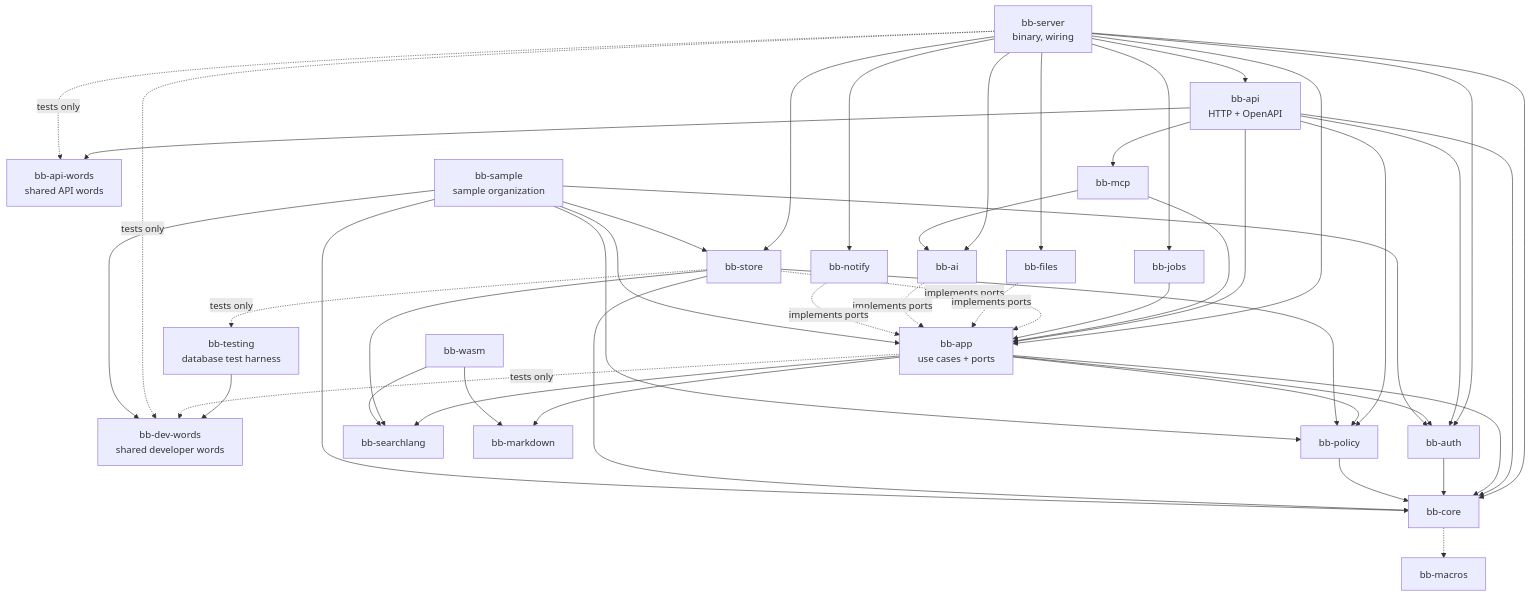
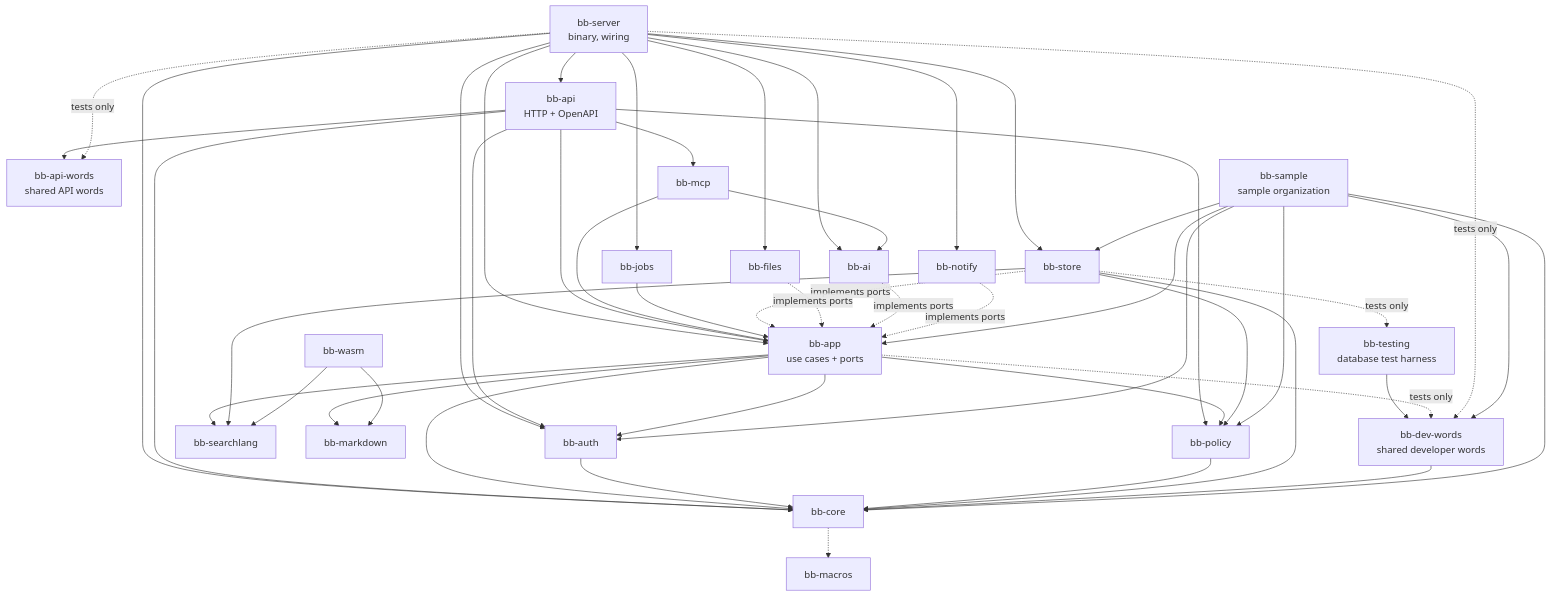
Before and after one commit to Nusi42/Bugaboo: the diagram in docs/architecture/04-building-blocks.md, drawn with Mermaid. The commit also changed 11 other files, not shown here.

````diff
--- a/docs/architecture/04-building-blocks.md
+++ b/docs/architecture/04-building-blocks.md
@@ -46,44 +46,45 @@
 ```mermaid
 flowchart TB
   server["bb-server<br/>binary, wiring"]
   api["bb-api<br/>HTTP + OpenAPI"]
   words["bb-api-words<br/>shared API words"]
   devwords["bb-dev-words<br/>shared developer words"]
   mcp["bb-mcp"]
   app["bb-app<br/>use cases + ports"]
   policy["bb-policy"]
   core["bb-core"]
   macros["bb-macros"]
   search["bb-searchlang"]
   md["bb-markdown"]
   store["bb-store"]
   files["bb-files"]
   auth["bb-auth"]
   ai["bb-ai"]
   notify["bb-notify"]
   jobs["bb-jobs"]
   wasm["bb-wasm"]
   testing["bb-testing<br/>database test harness"]
   sample["bb-sample<br/>sample organization"]
 
   server --> api & jobs & store & files & ai & notify & auth & app & core
   api --> app & auth & mcp & core & policy & words
   mcp --> app & ai
   jobs --> app
   app --> policy & core & search & md & auth
   auth --> core
   policy --> core
   core -.-> macros
   store -. implements ports .-> app
   files -. implements ports .-> app
   ai -. implements ports .-> app
   notify -. implements ports .-> app
   store --> search & policy & core
   wasm --> search & md
   store -. tests only .-> testing
   server -. tests only .-> words
   testing --> devwords
+  devwords --> core
   app -. tests only .-> devwords
   server -. tests only .-> devwords
   sample --> app & store & core & policy & auth & devwords
 ```
````
